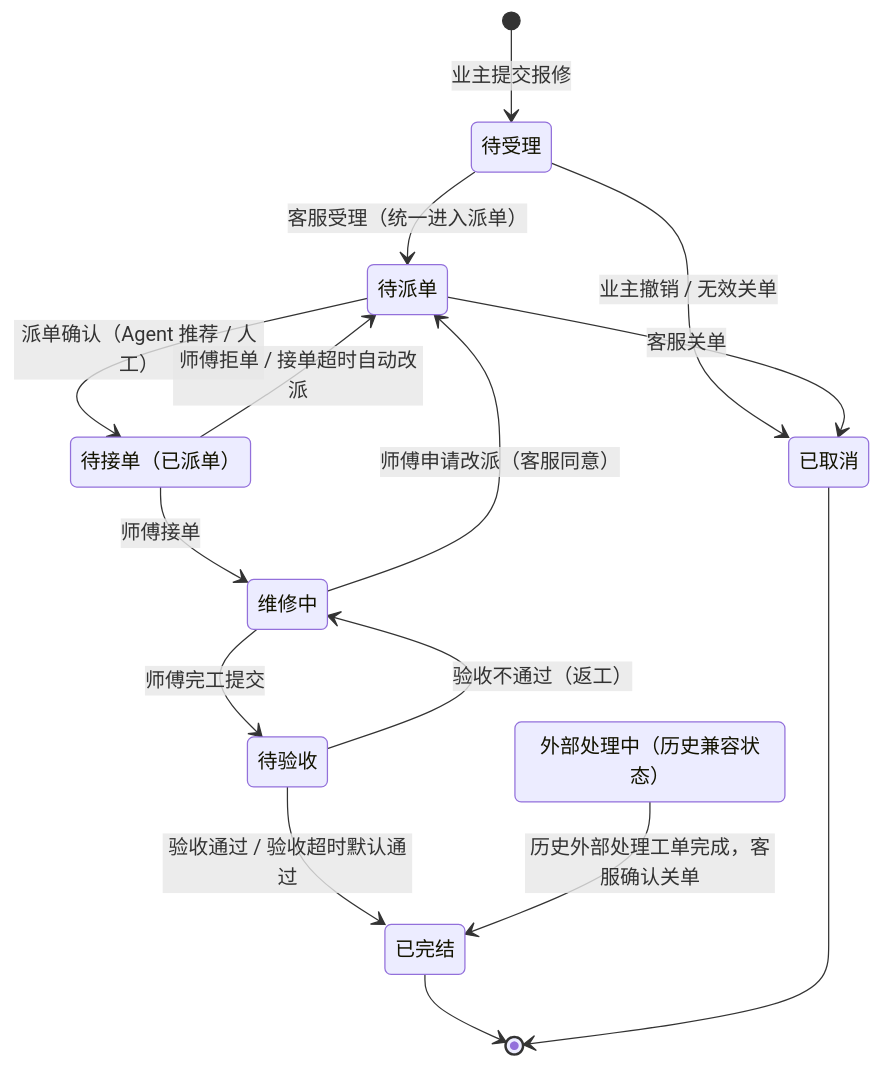
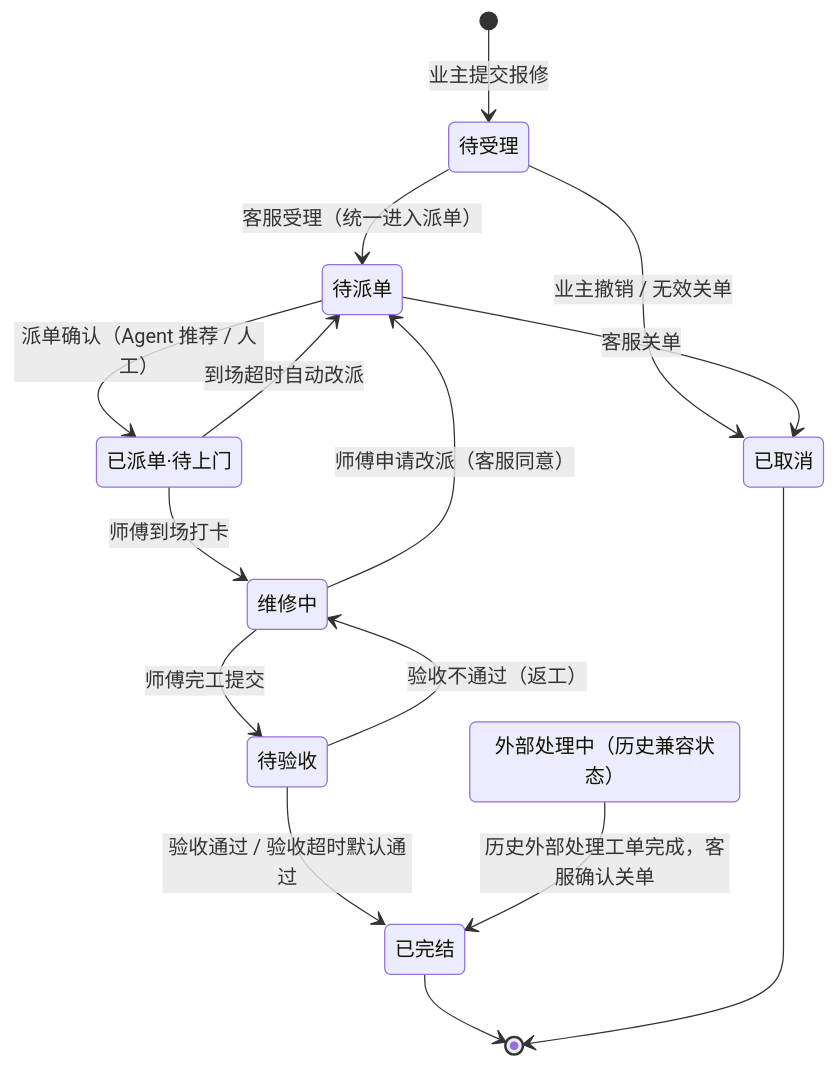
One commit to Zayu2005/WarrantyPro changed the first of 7 diagrams in docs/03-业务流程分析.md. Above: the diagram before and after it, drawn with Mermaid. The commit also changed other lines of this file and 24 other files, not shown here.

````diff
--- a/docs/03-业务流程分析.md
+++ b/docs/03-业务流程分析.md
@@ -10,26 +10,26 @@
 ```mermaid
 stateDiagram-v2
     SUBMITTED: 待受理
     PENDING_DISPATCH: 待派单
     EXTERNAL_PROCESSING: 外部处理中（历史兼容状态）
-    DISPATCHED: 待接单（已派单）
+    DISPATCHED: 已派单·待上门
     IN_PROGRESS: 维修中
     PENDING_CONFIRM: 待验收
     COMPLETED: 已完结
     CANCELLED: 已取消
 
     [*] --> SUBMITTED: 业主提交报修
     SUBMITTED --> PENDING_DISPATCH: 客服受理（统一进入派单）
     SUBMITTED --> CANCELLED: 业主撤销 / 无效关单
     PENDING_DISPATCH --> DISPATCHED: 派单确认（Agent 推荐 / 人工）
     PENDING_DISPATCH --> CANCELLED: 客服关单
-    DISPATCHED --> IN_PROGRESS: 师傅接单
-    DISPATCHED --> PENDING_DISPATCH: 师傅拒单 / 接单超时自动改派
+    DISPATCHED --> IN_PROGRESS: 师傅到场打卡
+    DISPATCHED --> PENDING_DISPATCH: 到场超时自动改派
     IN_PROGRESS --> PENDING_CONFIRM: 师傅完工提交
     IN_PROGRESS --> PENDING_DISPATCH: 师傅申请改派（客服同意）
     PENDING_CONFIRM --> COMPLETED: 验收通过 / 验收超时默认通过
     PENDING_CONFIRM --> IN_PROGRESS: 验收不通过（返工）
     EXTERNAL_PROCESSING --> COMPLETED: 历史外部处理工单完成，客服确认关单
     COMPLETED --> [*]
     CANCELLED --> [*]
 ```
````
